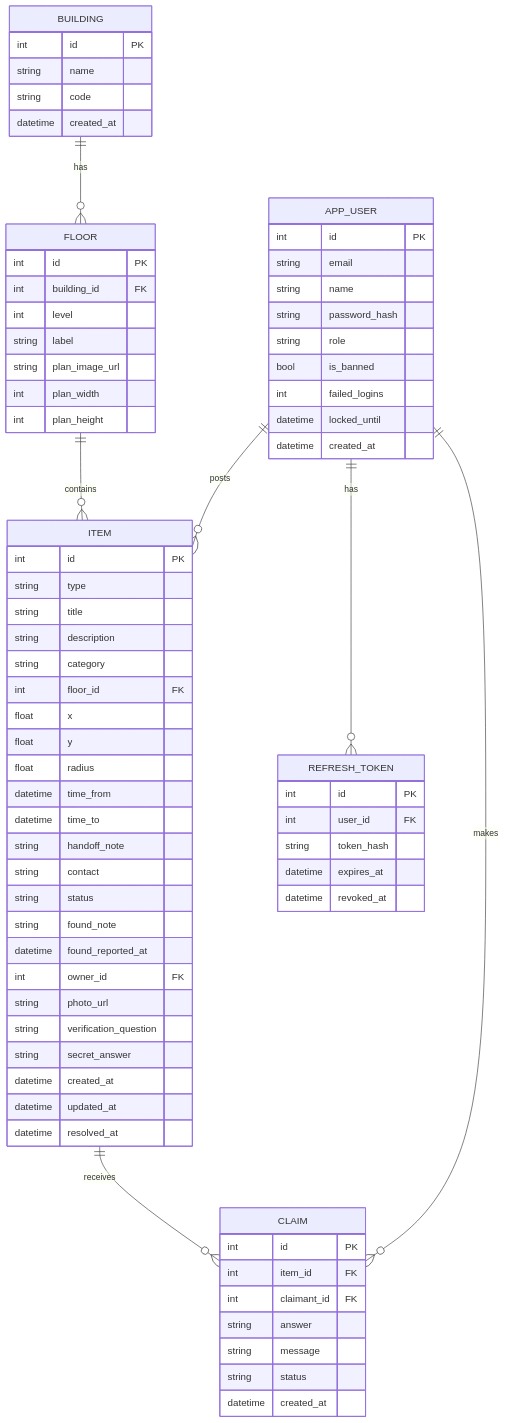
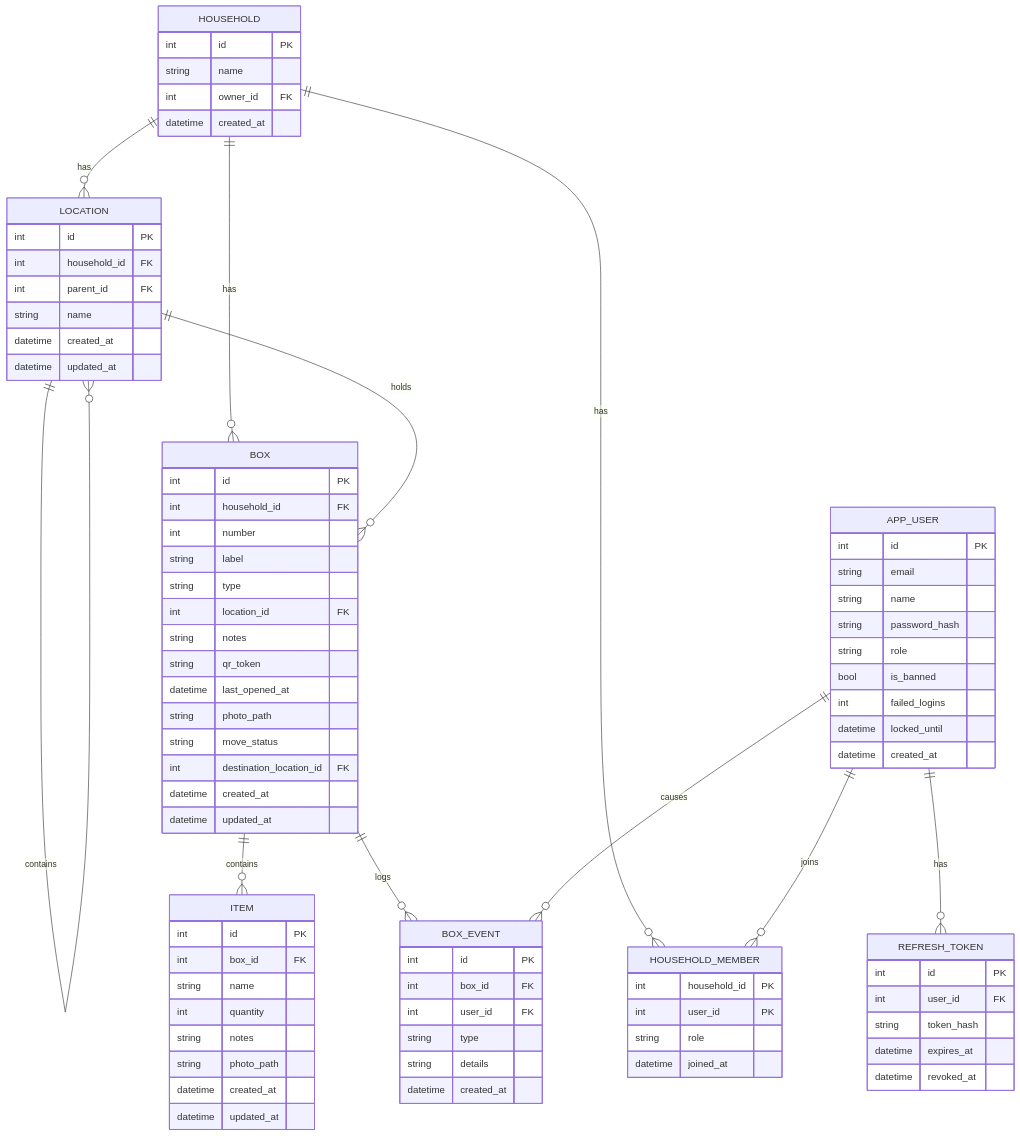
Before and after one commit to zarints05/2311933-S5-BoxBrain: the sixth of 6 diagrams in docs/03-tdd.md, drawn with Mermaid. The commit also changed other lines of this file and 9 other files, not shown here.

````diff
--- a/docs/03-tdd.md
+++ b/docs/03-tdd.md
@@ -197,51 +218,61 @@
 ```mermaid
 erDiagram
-    BUILDING ||--o{ FLOOR : has
-    FLOOR ||--o{ ITEM : contains
-    APP_USER ||--o{ ITEM : posts
+    HOUSEHOLD ||--o{ LOCATION : has
+    HOUSEHOLD ||--o{ BOX : has
+    HOUSEHOLD ||--o{ HOUSEHOLD_MEMBER : has
+    APP_USER ||--o{ HOUSEHOLD_MEMBER : joins
     APP_USER ||--o{ REFRESH_TOKEN : has
-    APP_USER ||--o{ CLAIM : makes
-    ITEM ||--o{ CLAIM : receives
+    LOCATION ||--o{ LOCATION : contains
+    LOCATION ||--o{ BOX : holds
+    BOX ||--o{ ITEM : contains
+    BOX ||--o{ BOX_EVENT : logs
+    APP_USER ||--o{ BOX_EVENT : causes
 
-    BUILDING {
+    LOCATION {
         int id PK
+        int household_id FK
+        int parent_id FK
         string name
-        string code
         datetime created_at
+        datetime updated_at
     }
-    FLOOR {
+    BOX {
         int id PK
-        int building_id FK
-        int level
+        int household_id FK
+        int number
         string label
-        string plan_image_url
-        int plan_width
-        int plan_height
+        string type
+        int location_id FK
+        string notes
+        string qr_token
+        datetime last_opened_at
+        string photo_path
+        string move_status
+        int destination_location_id FK
+        datetime created_at
+        datetime updated_at
     }
     ITEM {
         int id PK
-        string type
-        string title
-        string description
-        string category
-        int floor_id FK
-        float x
-        float y
-        float radius
-        datetime time_from
-        datetime time_to
-        string handoff_note
-        string contact
-        string status
-        string found_note
-        datetime found_reported_at
-        int owner_id FK
-        string photo_url
-        string verification_question
-        string secret_answer
+        int box_id FK
+        string name
+        int quantity
+        string notes
+        string photo_path
         datetime created_at
         datetime updated_at
-        datetime resolved_at
+    }
+    HOUSEHOLD {
+        int id PK
+        string name
+        int owner_id FK
+        datetime created_at
+    }
+    HOUSEHOLD_MEMBER {
+        int household_id PK
+        int user_id PK
+        string role
+        datetime joined_at
     }
     APP_USER {
         int id PK
@@ -261,13 +292,12 @@
         datetime expires_at
         datetime revoked_at
     }
-    CLAIM {
+    BOX_EVENT {
         int id PK
-        int item_id FK
-        int claimant_id FK
-        string answer
-        string message
-        string status
+        int box_id FK
+        int user_id FK
+        string type
+        string details
         datetime created_at
     }
 ```
````
